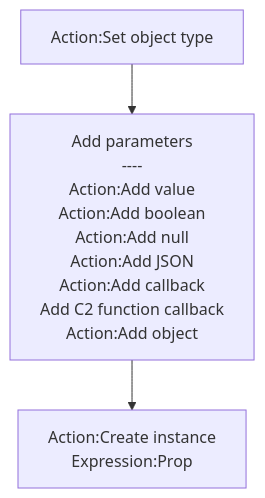
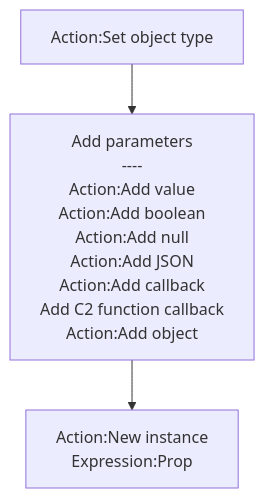
The second of 2 diagrams in plugins.md/rex_jsshell.md (rexrainbow/C2RexDoc), drawn with Mermaid before and after one commit. The commit also changed other lines of this file and 5 other files, not shown here.

````diff
--- a/plugins.md/rex_jsshell.md
+++ b/plugins.md/rex_jsshell.md
@@ -101,6 +101,6 @@
 ```mermaid
 graph TB
 
 SetFnName["Action:Set object type"] --> AddParam["Add parameters<br>----<br>Action:Add value<br>Action:Add boolean<br>Action:Add null<br>Action:Add JSON<br>Action:Add callback<br>Add C2 function callback<br>Action:Add object"]
-AddParam --> CreateInstance["Action:Create instance<br>Expression:Prop"]
+AddParam --> CreateInstance["Action:New instance<br>Expression:Prop"]
 ```
````
